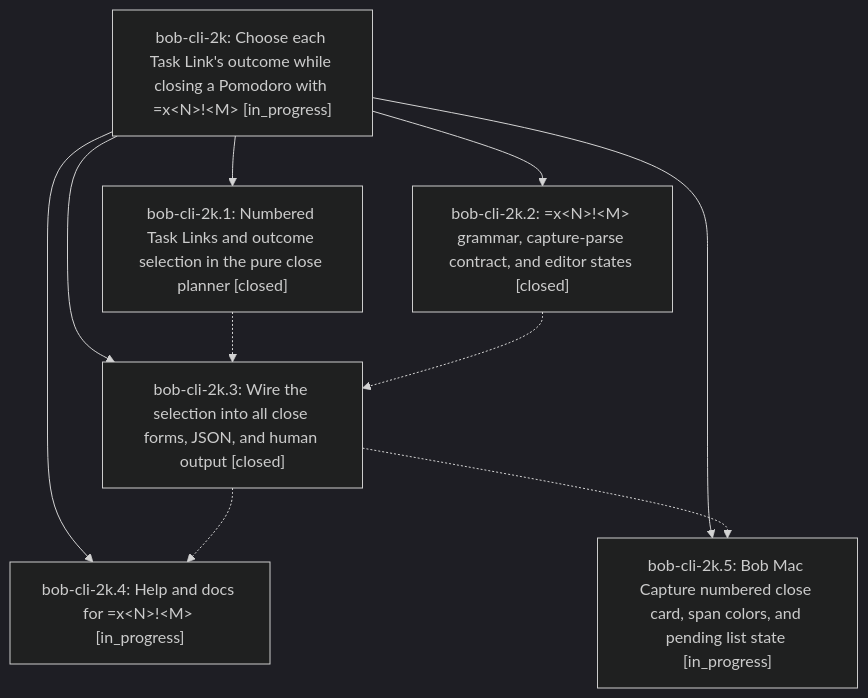
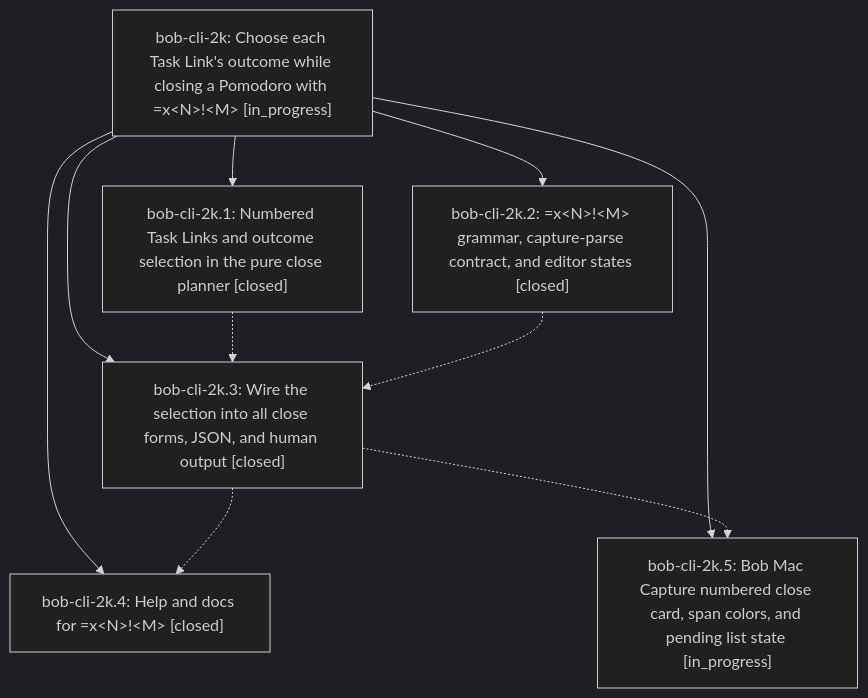
Before and after one commit to bobs-org/bob-cli--beads: the diagram in pages/bob-cli-2k/README.md, drawn with Mermaid (dark theme). The commit also changed other lines of this file and 2 other files, not shown here.

First line of the commit message:
chore(beads): sync bead state and pages for bob-cli-2k

````diff
--- a/pages/bob-cli-2k/README.md
+++ b/pages/bob-cli-2k/README.md
@@ -33,18 +33,18 @@
 ```mermaid
 flowchart TD
     n0["bob-cli-2k: Choose each Task Link's outcome while closing a Pomodoro with =x&lt;N&gt;!&lt;M&gt; [in_progress]"]
     n1["bob-cli-2k.1: Numbered Task Links and outcome selection in the pure close planner [closed]"]
     n2["bob-cli-2k.2: =x&lt;N&gt;!&lt;M&gt; grammar, capture-parse contract, and editor states [closed]"]
     n3["bob-cli-2k.3: Wire the selection into all close forms, JSON, and human output [closed]"]
-    n4["bob-cli-2k.4: Help and docs for =x&lt;N&gt;!&lt;M&gt; [in_progress]"]
+    n4["bob-cli-2k.4: Help and docs for =x&lt;N&gt;!&lt;M&gt; [closed]"]
     n5["bob-cli-2k.5: Bob Mac Capture numbered close card, span colors, and pending list state [in_progress]"]
     n0 --> n1
     n0 --> n2
     n0 --> n3
     n0 --> n4
     n0 --> n5
     n1 -.-> n3
     n2 -.-> n3
     n3 -.-> n4
     n3 -.-> n5
 ```
````
